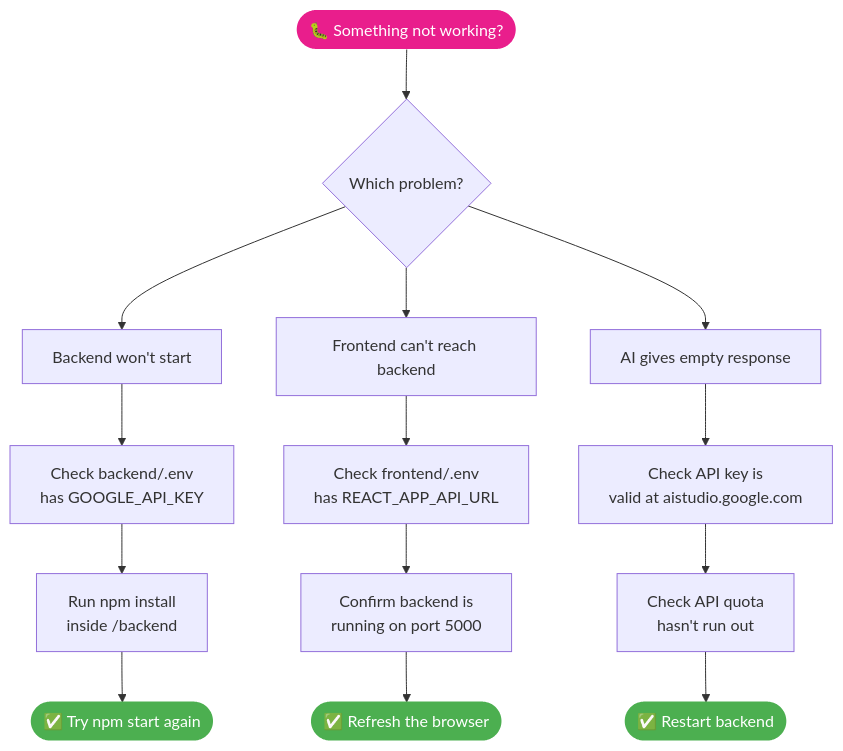
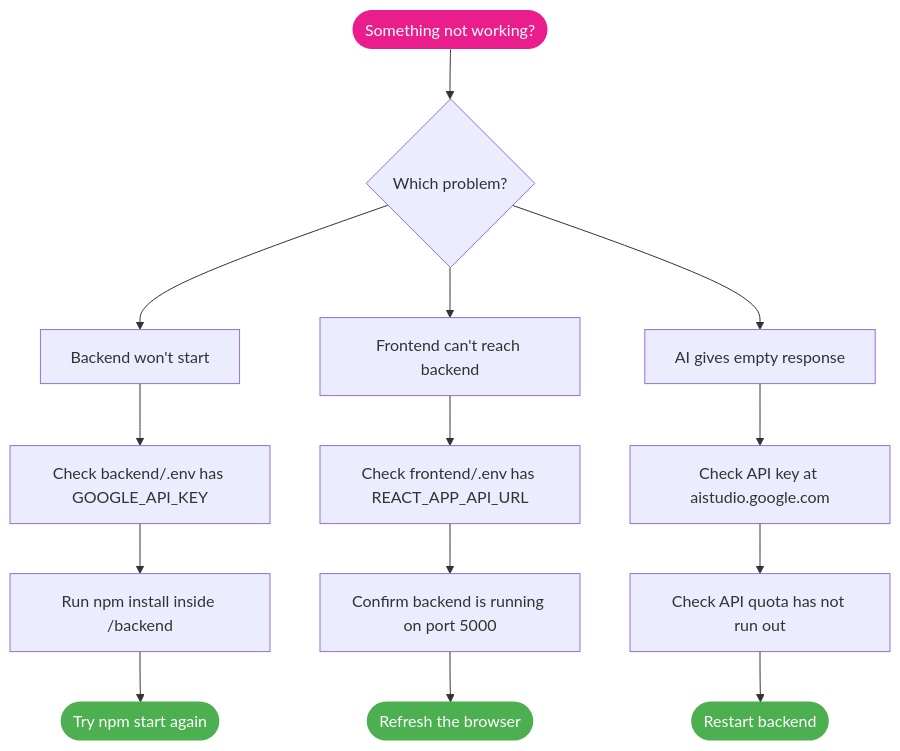
One commit to sandhya144/Feminine-Bot changed the third of 3 diagrams in README.md. Above: the diagram before and after it, drawn with Mermaid. The commit also changed other lines of this file, not shown here.

````diff
--- a/README.md
+++ b/README.md
@@ -340,25 +340,25 @@
 ```mermaid
 flowchart TD
-    START(["🐛 Something not working?"]) --> Q1{"Which problem?"}
+    START(["Something not working?"]) --> Q1{"Which problem?"}
 
     Q1 --> P1["Backend won't start"]
     Q1 --> P2["Frontend can't reach backend"]
     Q1 --> P3["AI gives empty response"]
 
-    P1 --> F1["Check backend/.env\nhas GOOGLE_API_KEY"]
-    F1 --> F2["Run npm install\ninside /backend"]
-    F2 --> F3(["✅ Try npm start again"])
+    P1 --> F1["Check backend/.env has GOOGLE_API_KEY"]
+    F1 --> F2["Run npm install inside /backend"]
+    F2 --> F3(["Try npm start again"])
 
-    P2 --> G1["Check frontend/.env\nhas REACT_APP_API_URL"]
-    G1 --> G2["Confirm backend is\nrunning on port 5000"]
-    G2 --> G3(["✅ Refresh the browser"])
+    P2 --> G1["Check frontend/.env has REACT_APP_API_URL"]
+    G1 --> G2["Confirm backend is running on port 5000"]
+    G2 --> G3(["Refresh the browser"])
 
-    P3 --> H1["Check API key is\nvalid at aistudio.google.com"]
-    H1 --> H2["Check API quota\nhasn't run out"]
-    H2 --> H3(["✅ Restart backend"])
+    P3 --> H1["Check API key at aistudio.google.com"]
+    H1 --> H2["Check API quota has not run out"]
+    H2 --> H3(["Restart backend"])
 
     style START fill:#e91e8c,color:#fff,stroke:none
     style F3 fill:#4caf50,color:#fff,stroke:none
     style G3 fill:#4caf50,color:#fff,stroke:none
     style H3 fill:#4caf50,color:#fff,stroke:none
 ```
````
